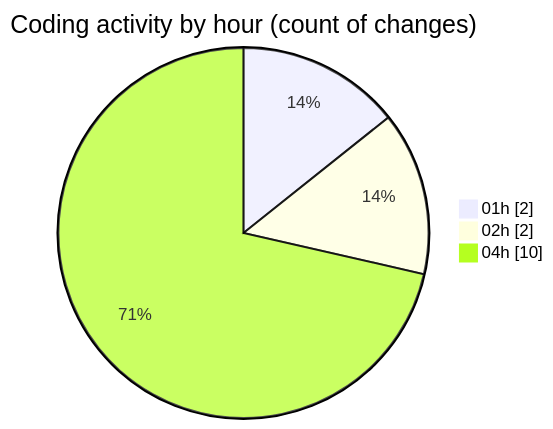
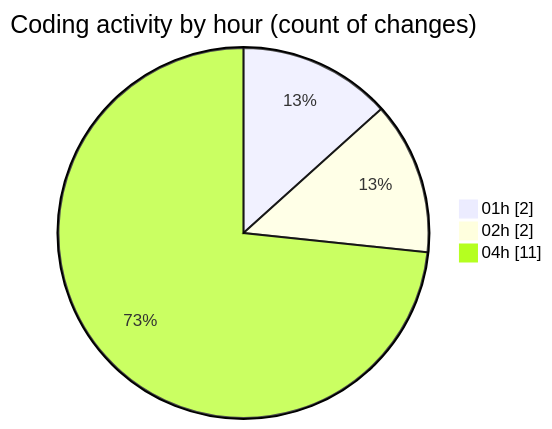
One commit to tmsrecording-cyber/code-tracking changed the second of 2 diagrams in 2026-02-05/singularitybrainai/README.md. Above: the diagram before and after it, drawn with Mermaid. The commit also changed other lines of this file and 1 other file, not shown here.

````diff
--- a/2026-02-05/singularitybrainai/README.md
+++ b/2026-02-05/singularitybrainai/README.md
@@ -30,7 +30,7 @@
 ```mermaid
 pie showData
 title Coding activity by hour (count of changes)
 "01h" : 2
 "02h" : 2
-"04h" : 10
+"04h" : 11
 ```
````
